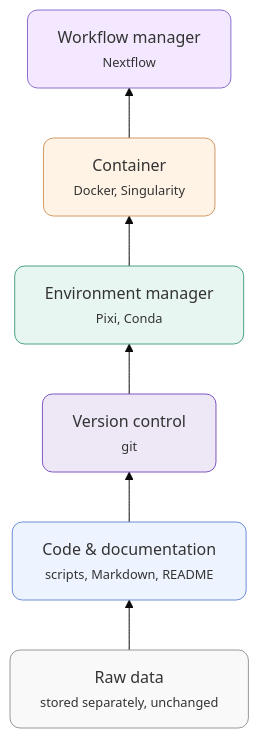
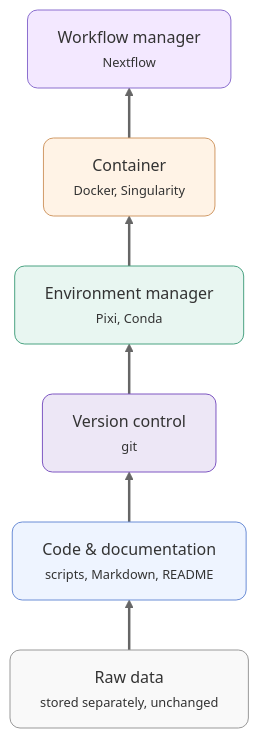
The diagram in homepage/data_management.qmd (amrei-bp/emplant_bioinformatics_course), drawn with Mermaid (base theme) before and after one commit. The commit also changed 3 other files, not shown here.

Commit message:
mermaid changes

````diff
--- a/homepage/data_management.qmd
+++ b/homepage/data_management.qmd
@@ -337,19 +337,20 @@
 ```{mermaid}
 flowchart BT
   R["Raw data<br/><span style='font-size:0.8em'>stored separately, unchanged</span>"]:::raw
   D["Code & documentation<br/><span style='font-size:0.8em'>scripts, Markdown, README</span>"]:::code
   V["Version control<br/><span style='font-size:0.8em'>git</span>"]:::vc
   E["Environment manager<br/><span style='font-size:0.8em'>Pixi, Conda</span>"]:::env
   C["Container<br/><span style='font-size:0.8em'>Docker, Singularity</span>"]:::cont
   W["Workflow manager<br/><span style='font-size:0.8em'>Nextflow</span>"]:::wf
 
   R --> D --> V --> E --> C --> W
 
   classDef raw  fill:#f9f9f9,stroke:#999,stroke-width:1px,rx:10,ry:10;
   classDef code fill:#eef4ff,stroke:#6b8dd6,stroke-width:1px,rx:10,ry:10;
   classDef vc   fill:#ede7f6,stroke:#7e57c2,stroke-width:1px,rx:10,ry:10;
   classDef env  fill:#e8f6f1,stroke:#4aa382,stroke-width:1px,rx:10,ry:10;
   classDef cont fill:#fff3e6,stroke:#d19a66,stroke-width:1px,rx:10,ry:10;
   classDef wf   fill:#f3e8ff,stroke:#8b6fcf,stroke-width:1px,rx:10,ry:10;
 
+linkStyle default stroke:#666,stroke-width:2.5px
 ```
````
